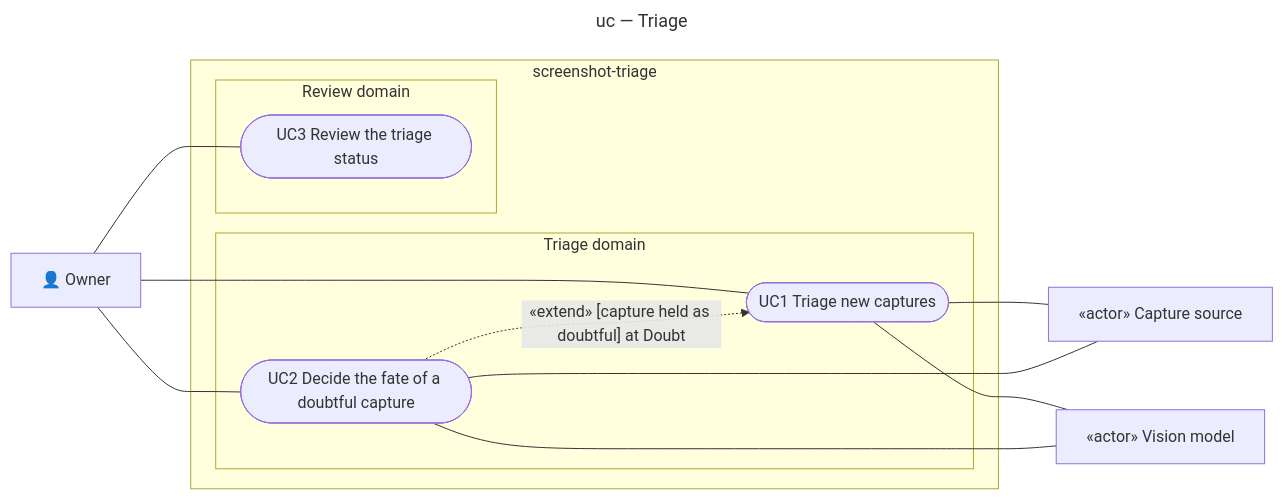
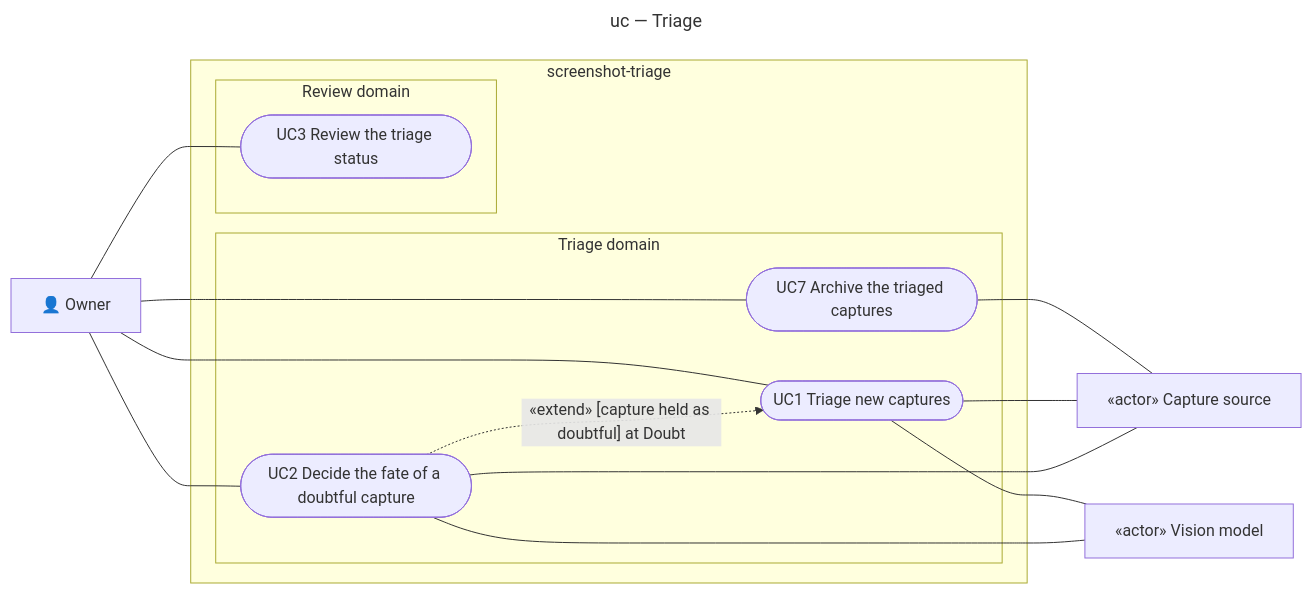
The diagram in docs/architecture/diagrams/triage/01-use-case.md (benoit-bremaud/screenshot-triage), drawn with Mermaid before and after one commit. The commit also changed other lines of this file and 37 other files, not shown here.

First line of the commit message:
feat(archive): archive work and other captures out of the camera roll (#16)

````diff
--- a/docs/architecture/diagrams/triage/01-use-case.md
+++ b/docs/architecture/diagrams/triage/01-use-case.md
@@ -14,26 +14,29 @@
 ```mermaid
 ---
 title: uc — Triage
 ---
 flowchart LR
   Owner["👤 Owner"]
   Source["«actor» Capture source"]
   Model["«actor» Vision model"]
   subgraph SUBJECT ["screenshot-triage"]
     subgraph Triage ["Triage domain"]
       UC1(["UC1 Triage new captures"])
       UC2(["UC2 Decide the fate of a doubtful capture"])
+      UC7(["UC7 Archive the triaged captures"])
     end
     subgraph Review ["Review domain"]
       UC3(["UC3 Review the triage status"])
     end
   end
   Owner --- UC1
   Owner --- UC2
   Owner --- UC3
+  Owner --- UC7
+  UC7 --- Source
   UC1 --- Source
   UC1 --- Model
   UC2 --- Source
   UC2 --- Model
   UC2 -.->|"«extend» [capture held as doubtful] at Doubt"| UC1
 ```
````
